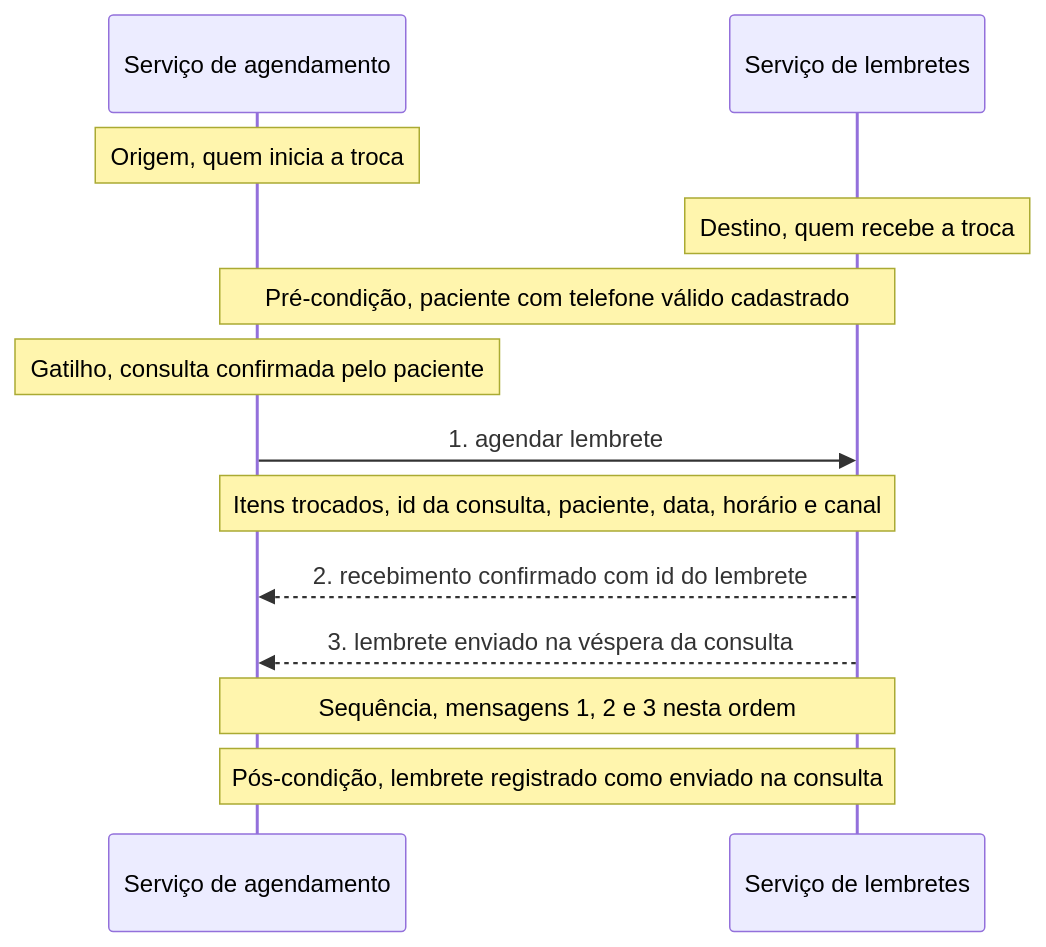
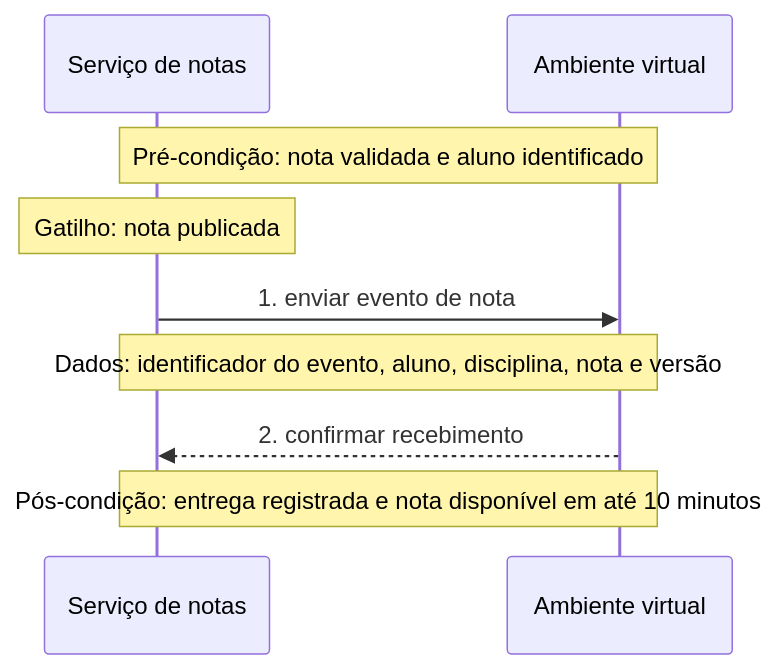
The second of 6 diagrams in docs/modulo-4-dominios-da-solucao/bloco-3-arquitetura-de-aplicacoes-e-integracao.md (aulas-marco/projeto-arquitetura-software), drawn with Mermaid before and after one commit. The commit also changed other lines of this file and 47 other files, not shown here.

````diff
--- a/docs/modulo-4-dominios-da-solucao/bloco-3-arquitetura-de-aplicacoes-e-integracao.md
+++ b/docs/modulo-4-dominios-da-solucao/bloco-3-arquitetura-de-aplicacoes-e-integracao.md
@@ -80,15 +80,11 @@
 ```mermaid
 sequenceDiagram
-    participant AG as Serviço de agendamento
-    participant LE as Serviço de lembretes
-    Note over AG: Origem, quem inicia a troca
-    Note over LE: Destino, quem recebe a troca
-    Note over AG,LE: Pré-condição, paciente com telefone válido cadastrado
-    Note over AG: Gatilho, consulta confirmada pelo paciente
-    AG->>LE: 1. agendar lembrete
-    Note over AG,LE: Itens trocados, id da consulta, paciente, data, horário e canal
-    LE-->>AG: 2. recebimento confirmado com id do lembrete
-    LE-->>AG: 3. lembrete enviado na véspera da consulta
-    Note over AG,LE: Sequência, mensagens 1, 2 e 3 nesta ordem
-    Note over AG,LE: Pós-condição, lembrete registrado como enviado na consulta
+    participant SN as Serviço de notas
+    participant AV as Ambiente virtual
+    Note over SN,AV: Pré-condição: nota validada e aluno identificado
+    Note over SN: Gatilho: nota publicada
+    SN->>AV: 1. enviar evento de nota
+    Note over SN,AV: Dados: identificador do evento, aluno, disciplina, nota e versão
+    AV-->>SN: 2. confirmar recebimento
+    Note over SN,AV: Pós-condição: entrega registrada e nota disponível em até 10 minutos
 ```
````
